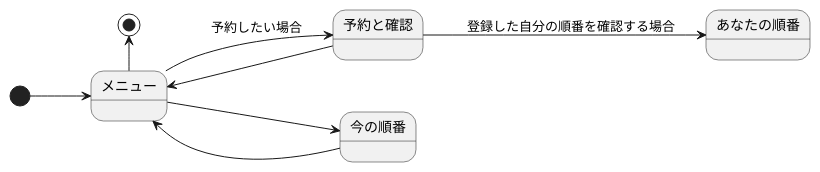
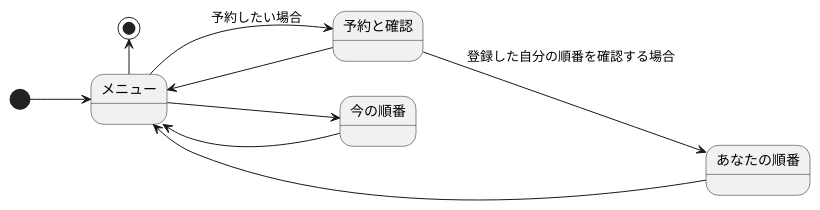
One commit to miyanokengo/uml-introduction changed the diagram in 演習6-3_ステートマシン図_診察予約システム.pu. Above: the diagram before and after it, drawn with PlantUML.

```diff
--- a/演習6-3_ステートマシン図_診察予約システム.pu
+++ b/演習6-3_ステートマシン図_診察予約システム.pu
@@ -1,10 +1,11 @@
 @startuml
 left to right direction
 [*] --> メニュー
 メニュー --> 予約と確認:　予約したい場合 
 予約と確認 --> メニュー
 メニュー --> 今の順番
 今の順番 --> メニュー:　
 予約と確認 --> あなたの順番:　登録した自分の順番を確認する場合
+あなたの順番 --> メニュー
 メニュー --left--> [*]
 @enduml
```
